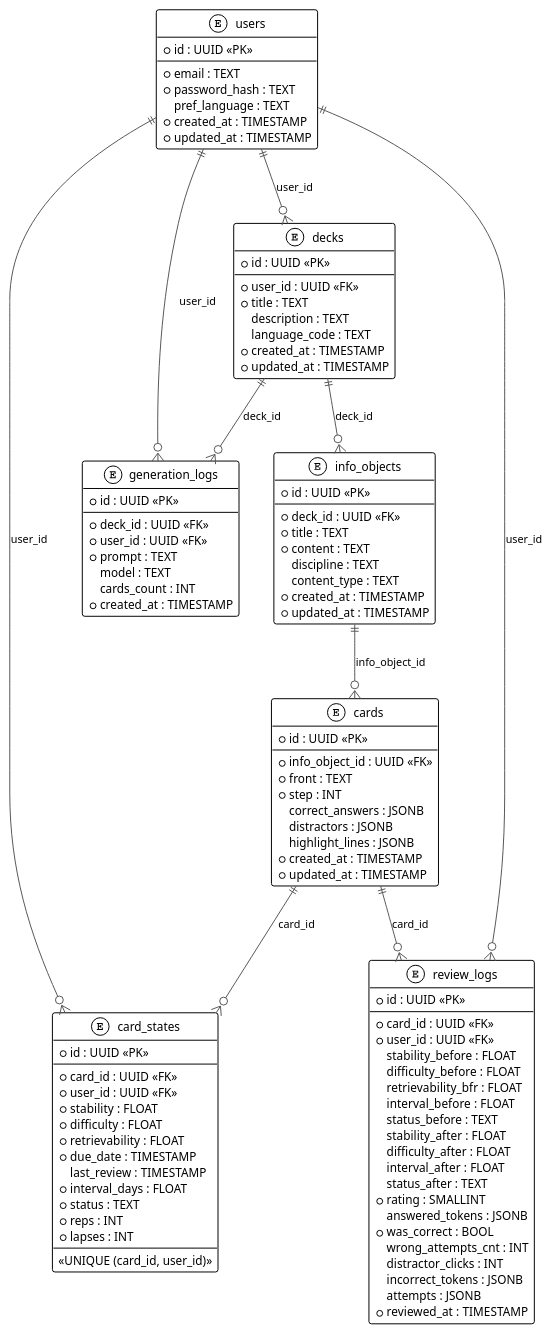
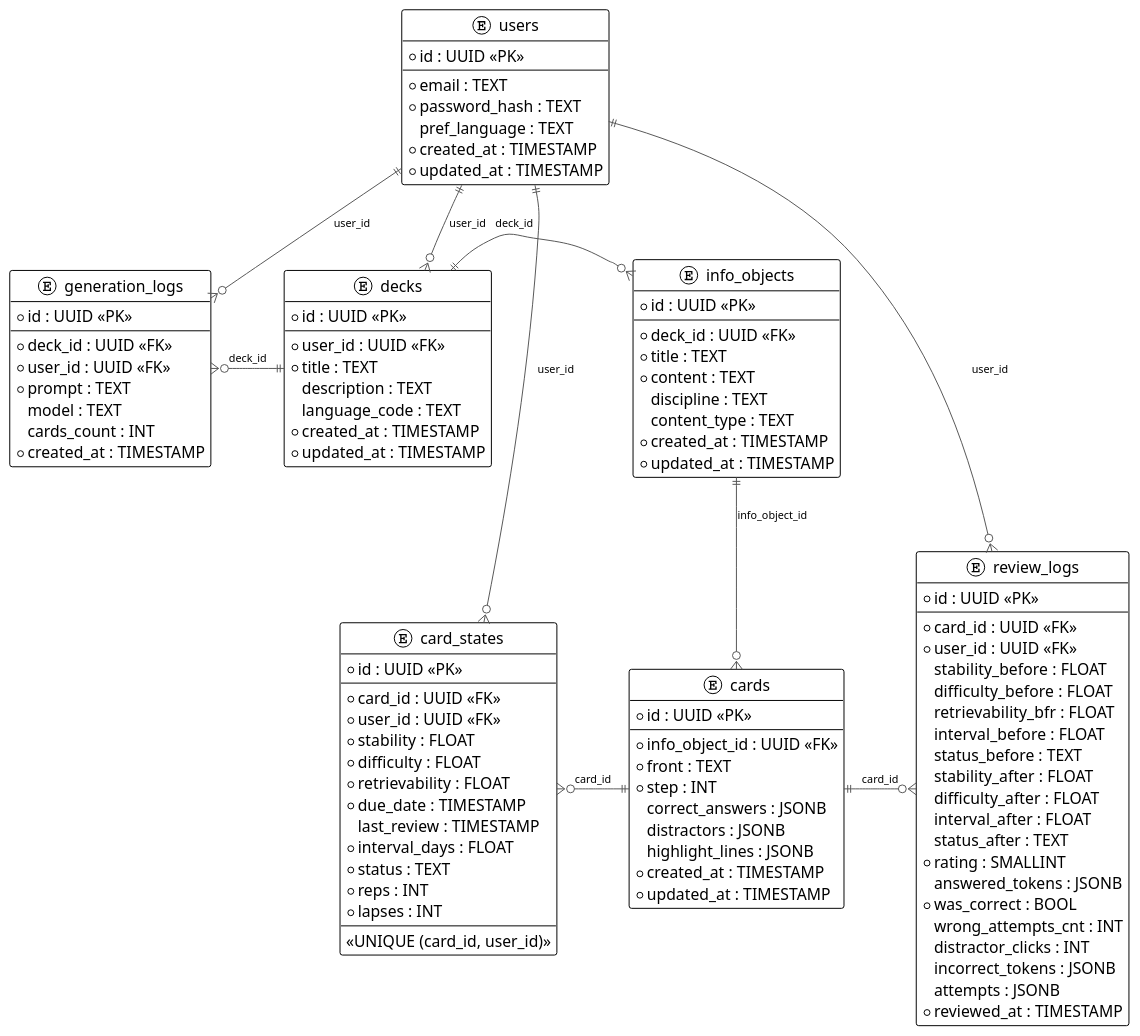
Before and after one commit to AleksKislov/shmanki: the third of 4 diagrams in papers/second.md, drawn with PlantUML. The commit also changed other lines of this file and 1 other file, not shown here.

````diff
--- a/papers/second.md
+++ b/papers/second.md
@@ -317,7 +321,7 @@
 @startuml db_schema
 !theme plain
 skinparam defaultFontName Arial
-skinparam defaultFontSize 12
+skinparam defaultFontSize 16
 
 skinparam entity {
   BackgroundColor #FFFACD
@@ -440,5 +444,10 @@
 decks          ||--o{ generation_logs : "deck_id"
 users          ||--o{ generation_logs : "user_id"
 
+decks -[hidden]left-> generation_logs
+decks -[hidden]right-> info_objects
+cards -[hidden]left-> card_states
+cards -[hidden]right-> review_logs
+
 @enduml
 ```
````
